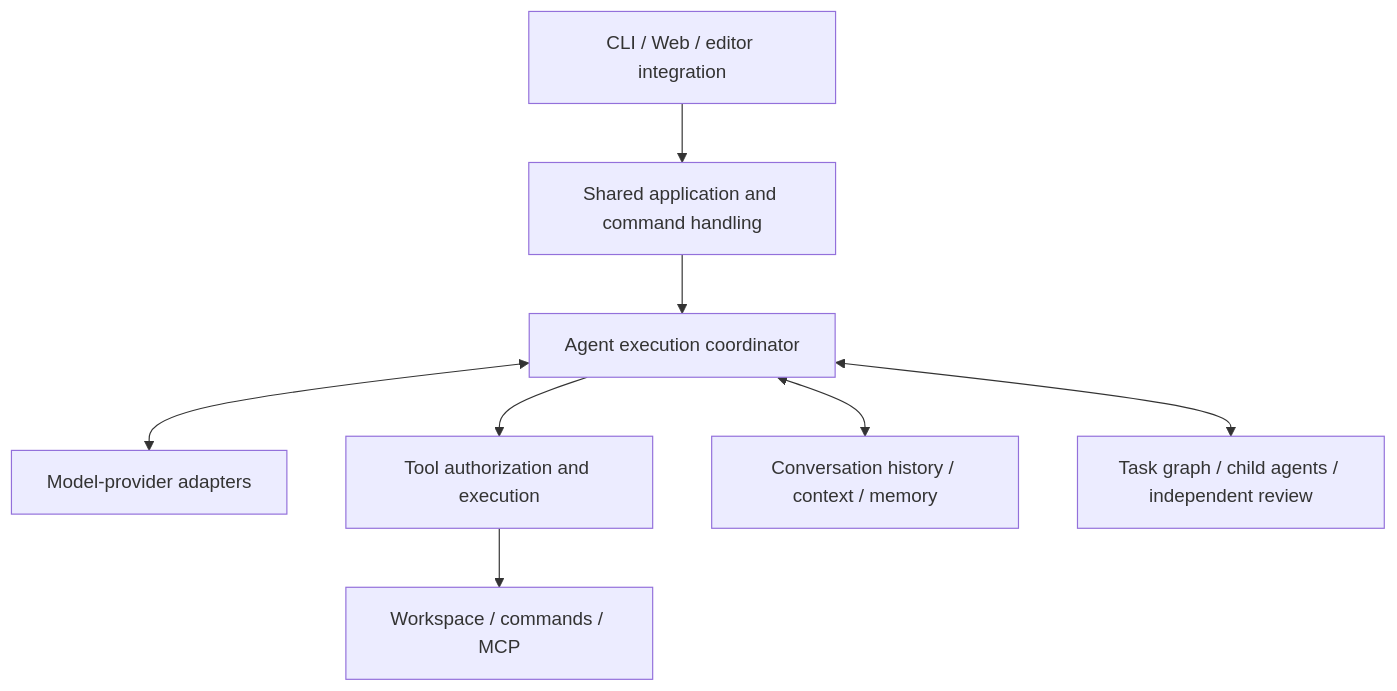
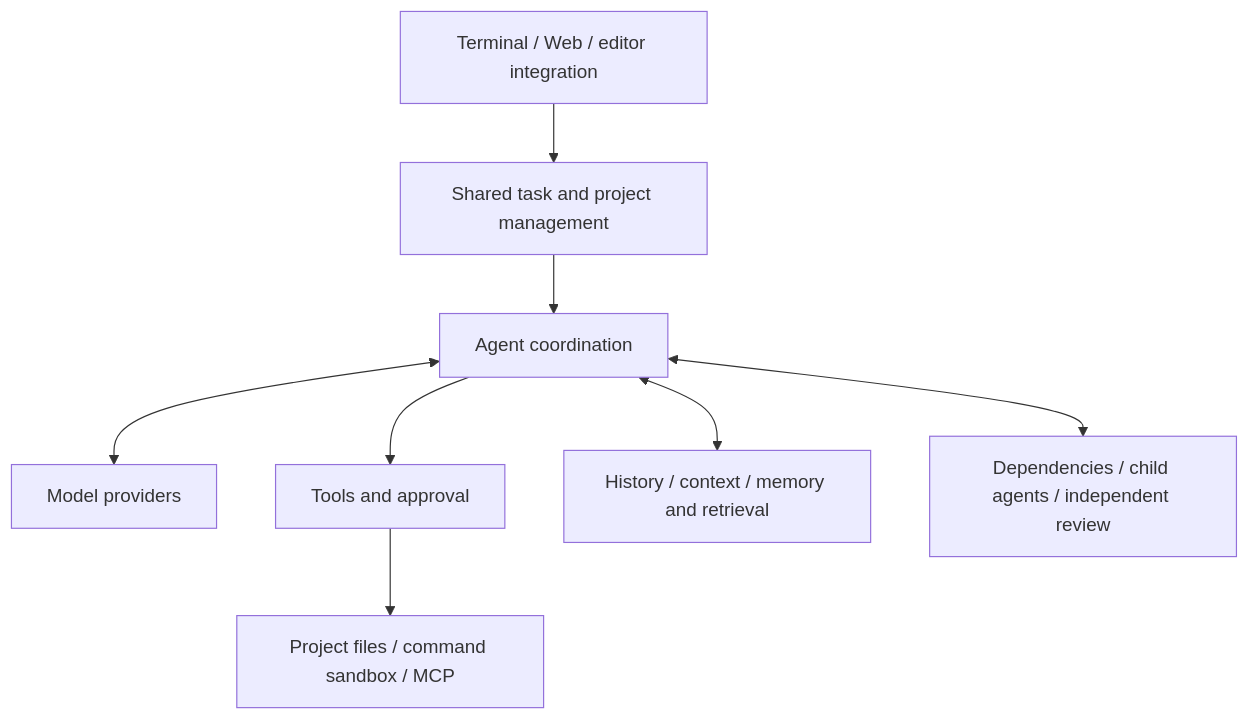
The diagram in docs/TECHNICAL_DESIGN.md (dd1000001000/EASY_CODE), drawn with Mermaid before and after one commit. The commit also changed other lines of this file and 3 other files, not shown here.

````diff
--- a/docs/TECHNICAL_DESIGN.md
+++ b/docs/TECHNICAL_DESIGN.md
@@ -23,10 +11,10 @@
 ```mermaid
 flowchart TD
-    UI[CLI / Web / editor integration] --> APP[Shared application and command handling]
-    APP --> RUN[Agent execution coordinator]
-    RUN <--> MODEL[Model-provider adapters]
-    RUN --> TOOL[Tool authorization and execution]
-    TOOL --> WORK[Workspace / commands / MCP]
-    RUN <--> DATA[Conversation history / context / memory]
-    RUN <--> TEAM[Task graph / child agents / independent review]
+    UI[Terminal / Web / editor integration] --> APP[Shared task and project management]
+    APP --> AGENT[Agent coordination]
+    AGENT <--> MODEL[Model providers]
+    AGENT --> TOOLS[Tools and approval]
+    TOOLS --> ENV[Project files / command sandbox / MCP]
+    AGENT <--> MEMORY[History / context / memory and retrieval]
+    AGENT <--> TEAM[Dependencies / child agents / independent review]
 ```
````
